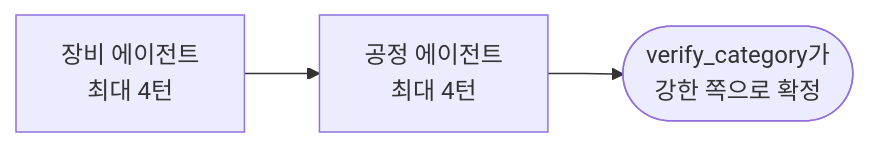
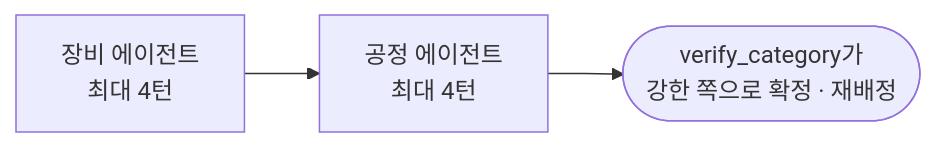
Before and after one commit to meotjin-girl/etch-trace: the fifth of 6 diagrams in docs/agent.md, drawn with Mermaid. The commit also changed other lines of this file and 3 other files, not shown here.

````diff
--- a/docs/agent.md
+++ b/docs/agent.md
@@ -89,4 +98,4 @@
 ```mermaid
 flowchart LR
-  U1["장비 에이전트<br/>최대 4턴"] --> U2["공정 에이전트<br/>최대 4턴"] --> U3([verify_category가<br/>강한 쪽으로 확정])
+  U1["장비 에이전트<br/>최대 4턴"] --> U2["공정 에이전트<br/>최대 4턴"] --> U3([verify_category가<br/>강한 쪽으로 확정 · 재배정])
 ```
````
